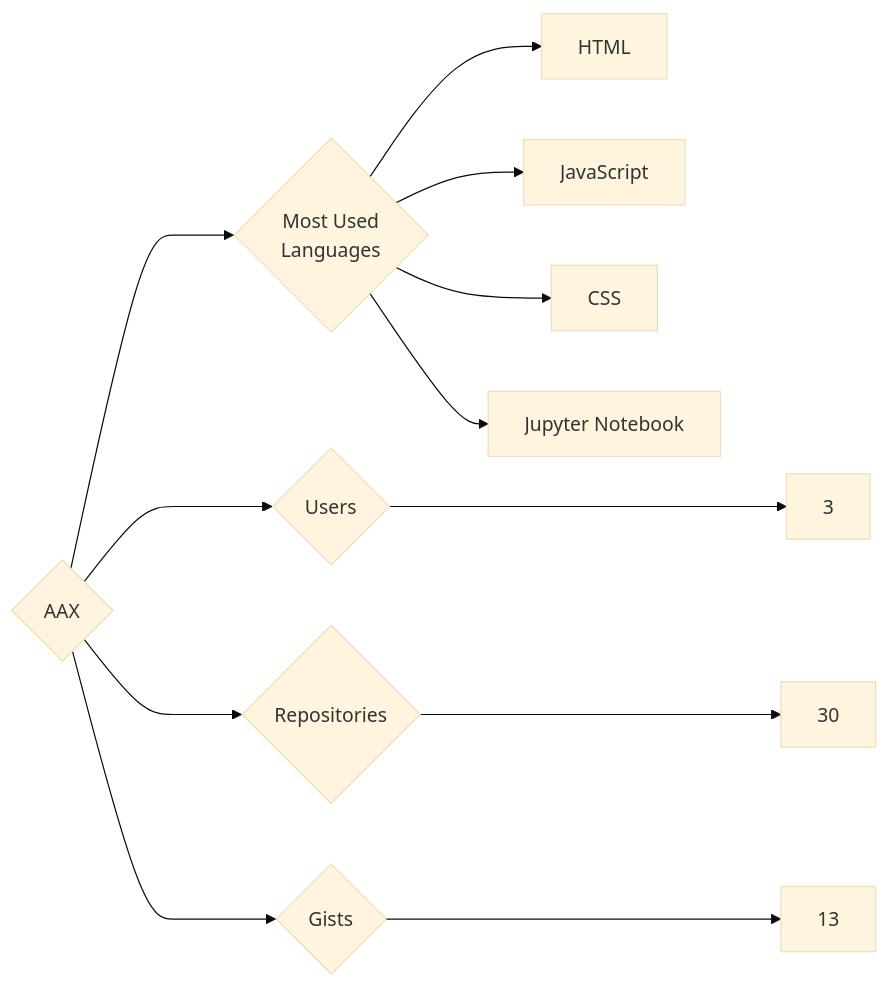
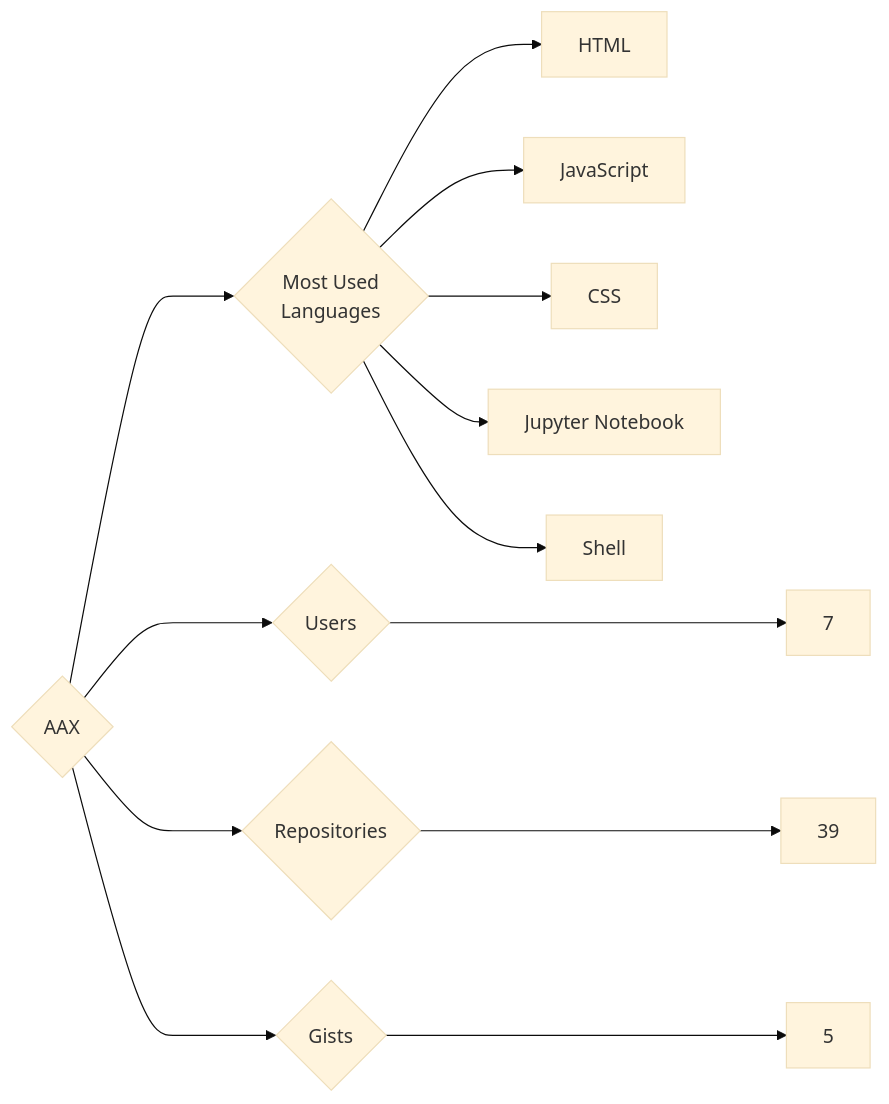
Before and after one commit to trickest/insiders: the diagram in targets/AAX/README.md, drawn with Mermaid (base theme). The commit also changed 1175 other files, not shown here.

````diff
--- a/targets/AAX/README.md
+++ b/targets/AAX/README.md
@@ -3,12 +3,13 @@
 ```mermaid
 graph LR
 COMPANY_NAME{AAX}
-COMPANY_NAME ---> U{Users} ---> UN[3]
-COMPANY_NAME ---> R{Repositories} ---> RN[30]
-COMPANY_NAME ---> G{Gists} ---> GN[13]
+COMPANY_NAME ---> U{Users} ---> UN[7]
+COMPANY_NAME ---> R{Repositories} ---> RN[39]
+COMPANY_NAME ---> G{Gists} ---> GN[5]
 COMPANY_NAME ---> ML{Most Used<br>Languages}
 ML --> HTML[HTML]
 ML --> JavaScript[JavaScript]
 ML --> CSS[CSS]
 ML --> Jupyter_Notebook[Jupyter Notebook]
+ML --> Shell[Shell]
 ```
````
